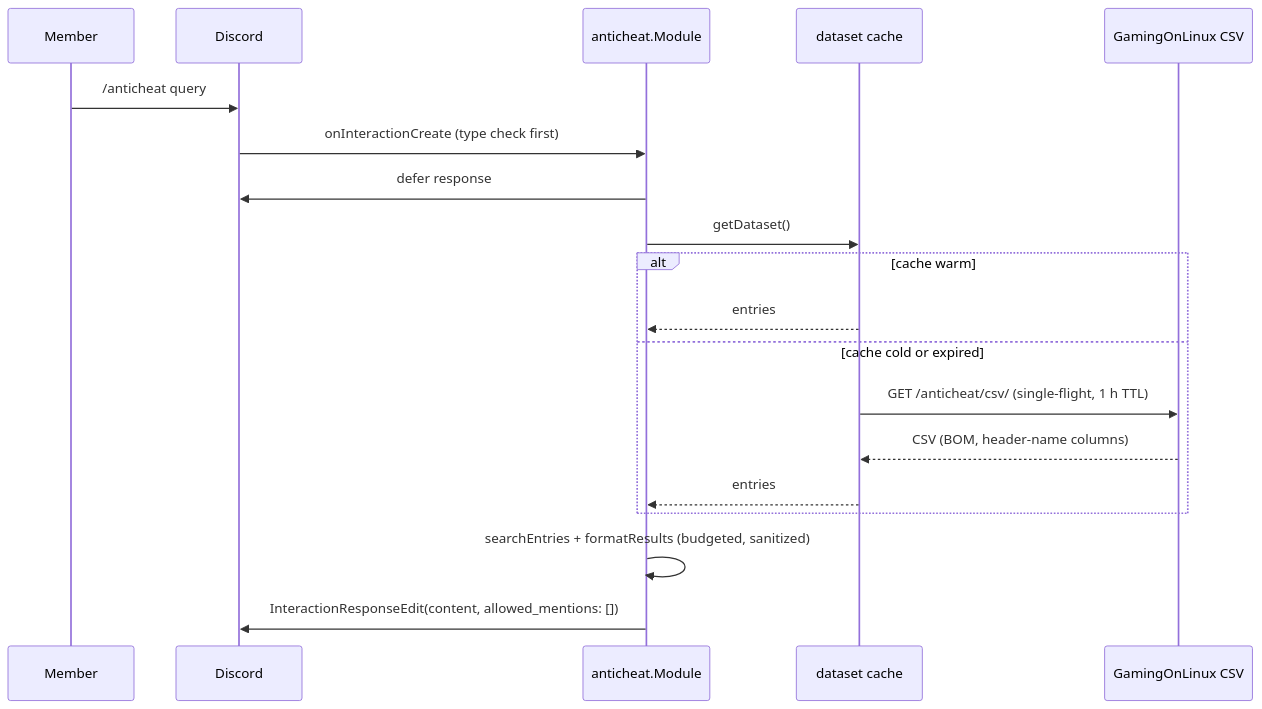
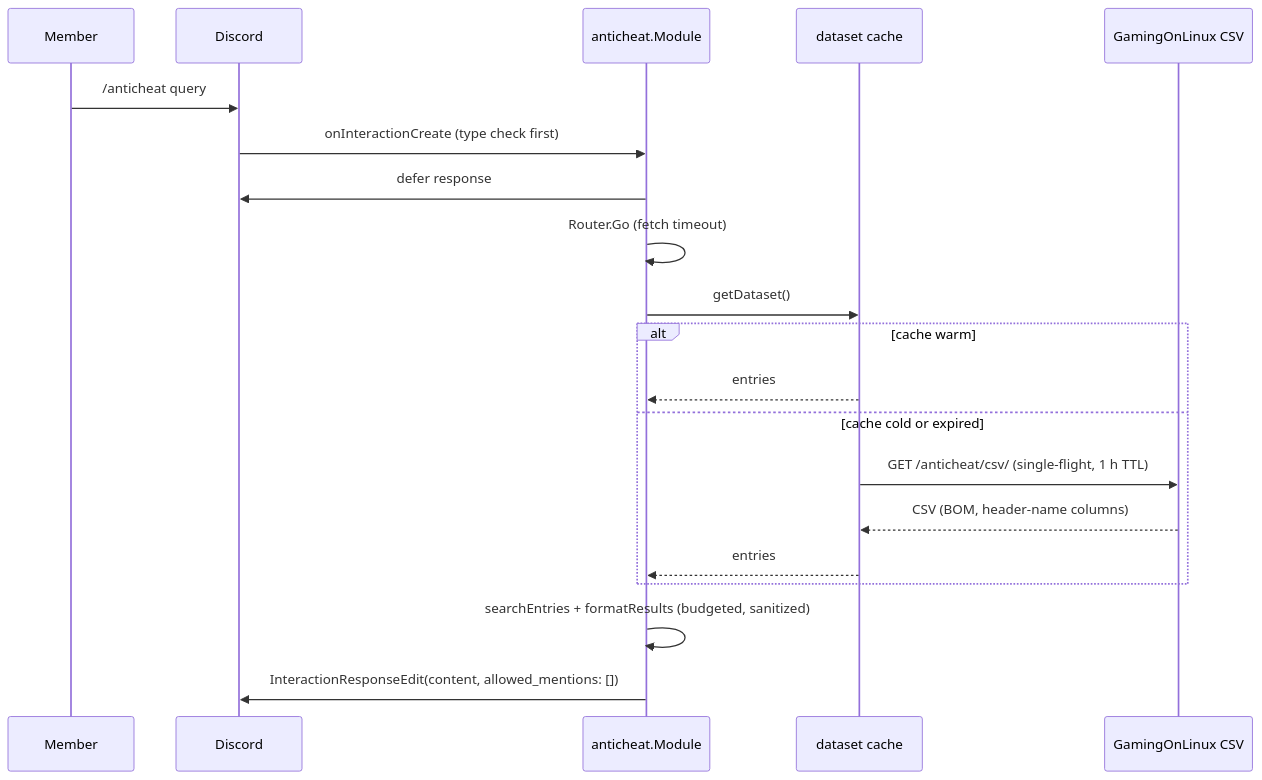
Before and after one commit to toksikk/gidbig: the diagram in docs/modules/anticheat.md, drawn with Mermaid. The commit also changed 7 other files, not shown here.

````diff
--- a/docs/modules/anticheat.md
+++ b/docs/modules/anticheat.md
@@ -43,22 +43,23 @@
 ```mermaid
 sequenceDiagram
     participant M as Member
     participant D as Discord
     participant A as anticheat.Module
     participant C as dataset cache
     participant G as GamingOnLinux CSV
 
     M->>D: /anticheat query
     D->>A: onInteractionCreate (type check first)
     A->>D: defer response
+    A->>A: Router.Go (fetch timeout)
     A->>C: getDataset()
     alt cache warm
         C-->>A: entries
     else cache cold or expired
         C->>G: GET /anticheat/csv/ (single-flight, 1 h TTL)
         G-->>C: CSV (BOM, header-name columns)
         C-->>A: entries
     end
     A->>A: searchEntries + formatResults (budgeted, sanitized)
     A->>D: InteractionResponseEdit(content, allowed_mentions: [])
 ```
````
